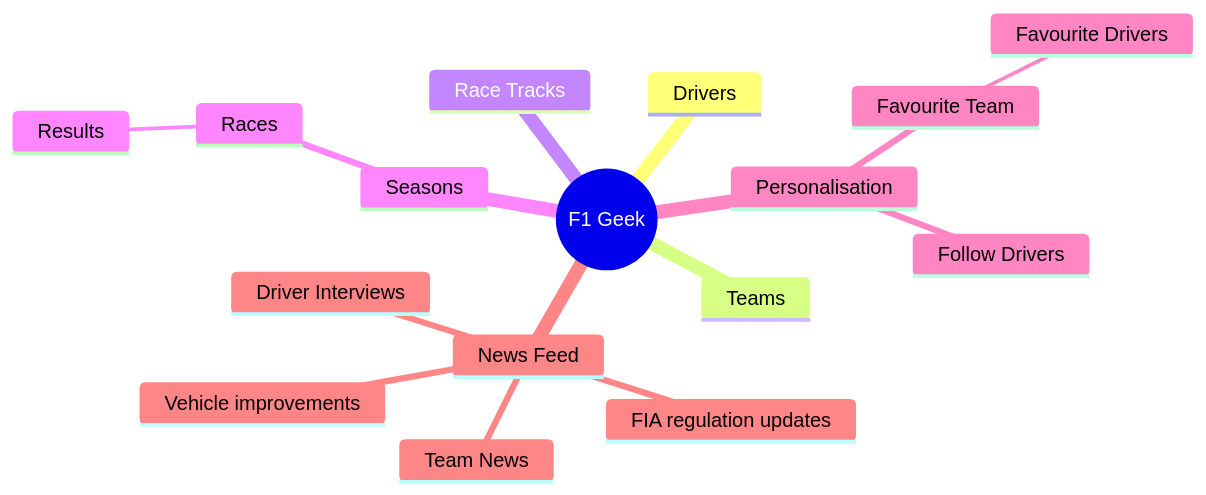
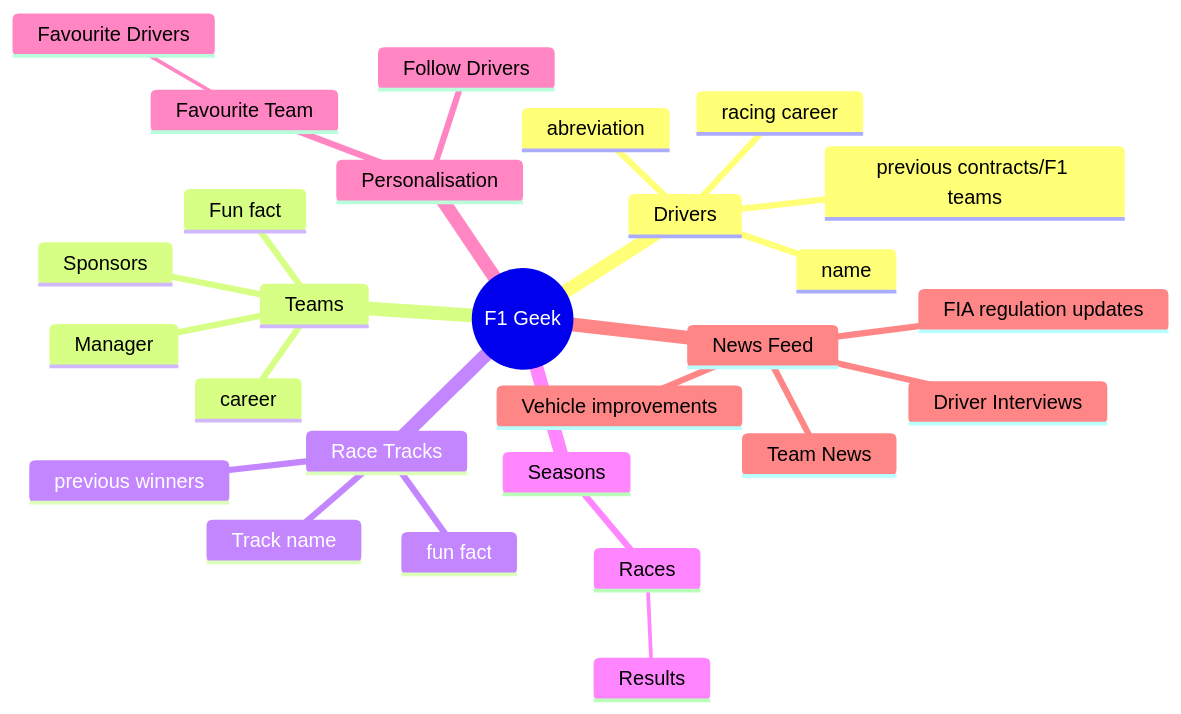
Before and after one commit to ShaneWhitmore/F1-Geek: the first of 2 diagrams in README.md, drawn with Mermaid.

Commit message:
Updated Mindmap

````diff
--- a/README.md
+++ b/README.md
@@ -41,19 +41,32 @@
 ```mermaid
 mindmap
   root((F1 Geek))
     Drivers
+        name
+        abreviation
+        previous contracts/F1 teams
+        racing career
     Teams
+        Manager
+        Sponsors
+        career
+        Fun fact
+
     Race Tracks
+        Track name
+        previous winners
+        fun fact
+
     Seasons
         Races
             Results
     Personalisation
         Follow Drivers
         Favourite Team
             Favourite Drivers
     News Feed
         Driver Interviews
         Team News
         Vehicle improvements
         FIA regulation updates
 ```
````
